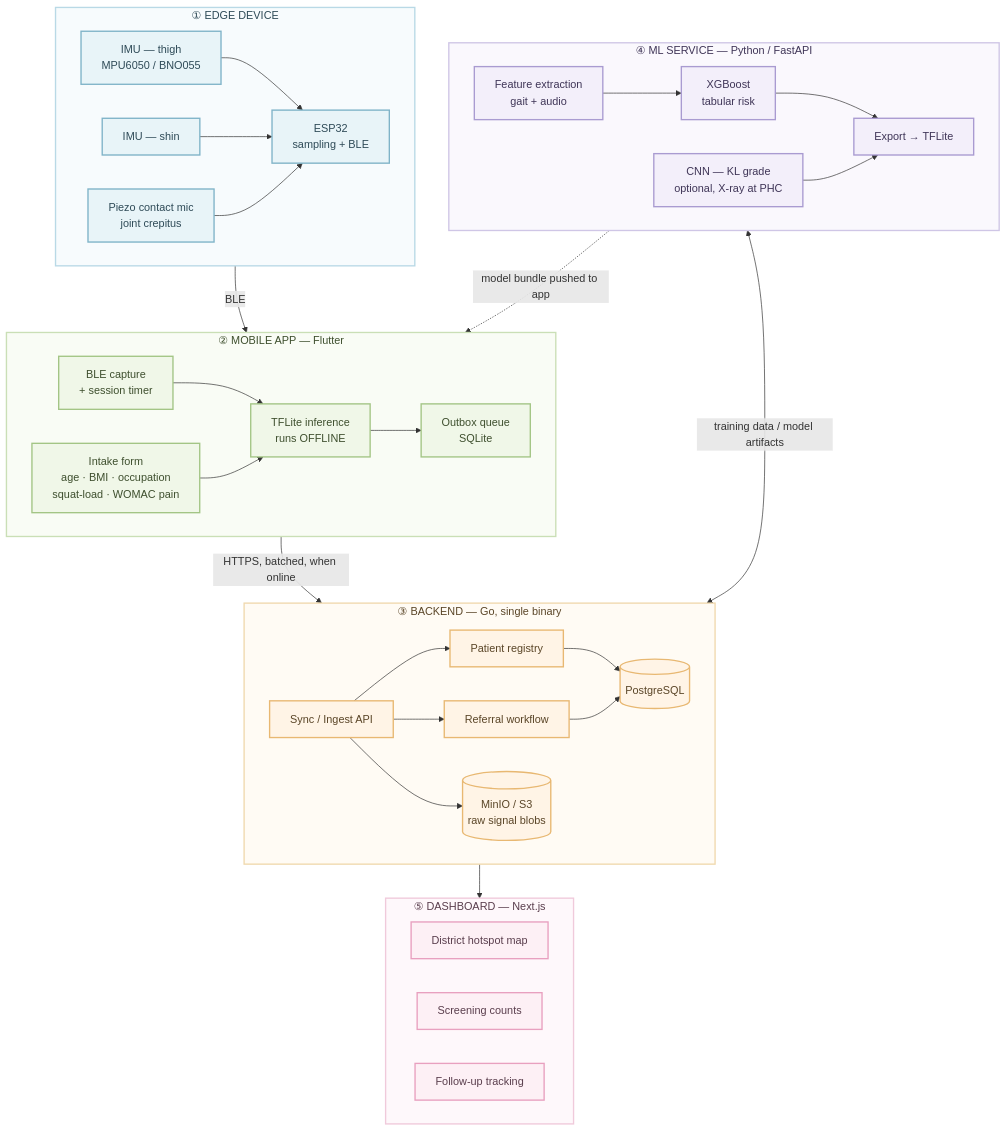
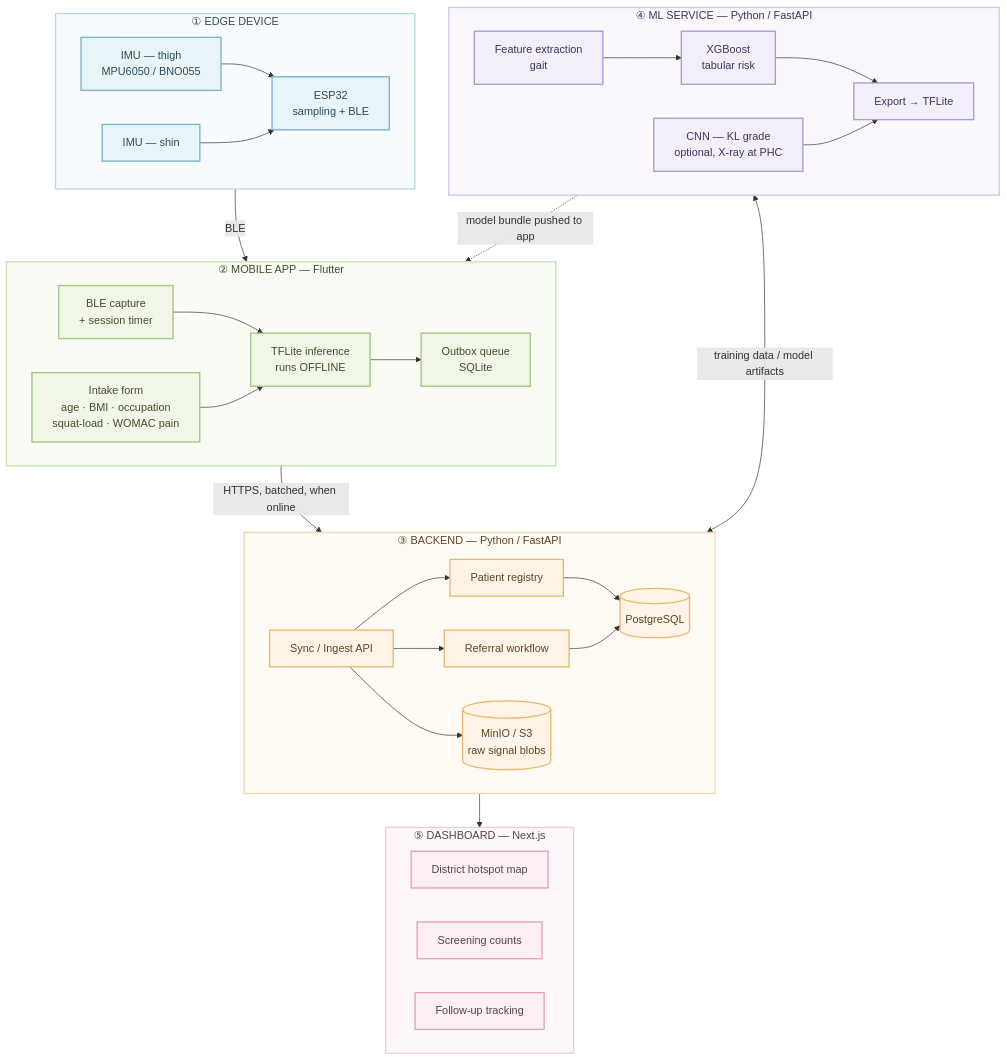
The second of 4 diagrams in SIH26004-architecture.md (aryank2ndID/v2), drawn with Mermaid before and after one commit. The commit also changed other lines of this file and 58 other files, not shown here.

Commit message:
chore: remove acoustic features and cost references, update architecture, add research contexts

````diff
--- a/SIH26004-architecture.md
+++ b/SIH26004-architecture.md
@@ -37,77 +37,75 @@
 ```mermaid
 flowchart TB
     subgraph L1["① EDGE DEVICE"]
         direction LR
         S1["IMU — thigh<br/>MPU6050 / BNO055"]
         S2["IMU — shin"]
-        S3["Piezo contact mic<br/>joint crepitus"]
         MCU["ESP32<br/>sampling + BLE"]
         S1 --> MCU
         S2 --> MCU
-        S3 --> MCU
     end
 
     subgraph L2["② MOBILE APP — Flutter"]
         direction LR
         CAP["BLE capture<br/>+ session timer"]
         FORM["Intake form<br/>age · BMI · occupation<br/>squat-load · WOMAC pain"]
         INF["TFLite inference<br/>runs OFFLINE"]
         QUE["Outbox queue<br/>SQLite"]
         CAP --> INF
         FORM --> INF
         INF --> QUE
     end
 
-    subgraph L3["③ BACKEND — Go, single binary"]
+    subgraph L3["③ BACKEND — Python / FastAPI"]
         direction LR
         API["Sync / Ingest API"]
         REG["Patient registry"]
         REF["Referral workflow"]
         PG[("PostgreSQL")]
         OBJ[("MinIO / S3<br/>raw signal blobs")]
         API --> REG --> PG
         API --> REF --> PG
         API --> OBJ
     end
 
     subgraph L4["④ ML SERVICE — Python / FastAPI"]
         direction LR
-        FE["Feature extraction<br/>gait + audio"]
+        FE["Feature extraction<br/>gait"]
         TAB["XGBoost<br/>tabular risk"]
         CNN["CNN — KL grade<br/>optional, X-ray at PHC"]
         EXP["Export → TFLite"]
         FE --> TAB --> EXP
         CNN --> EXP
     end
 
     subgraph L5["⑤ DASHBOARD — Next.js"]
         direction LR
         MAP["District hotspot map"]
         CNT["Screening counts"]
         FUP["Follow-up tracking"]
     end
 
     L1 -->|BLE| L2
     L2 -->|"HTTPS, batched, when online"| L3
     L3 <-->|"training data / model artifacts"| L4
     L4 -.->|"model bundle pushed to app"| L2
     L3 --> L5
 
     classDef edge fill:#E8F4F8,stroke:#7FB3C8,stroke-width:2px,color:#2E4A57
     classDef mob fill:#F0F7E8,stroke:#A3C585,stroke-width:2px,color:#3E4F2E
     classDef back fill:#FFF4E6,stroke:#E8B872,stroke-width:2px,color:#5A4527
     classDef ml fill:#F3EFFA,stroke:#A99BD1,stroke-width:2px,color:#3F3557
     classDef dash fill:#FDF0F5,stroke:#E8A0BF,stroke-width:2px,color:#5A3E4D
 
-    class S1,S2,S3,MCU edge
+    class S1,S2,MCU edge
     class CAP,FORM,INF,QUE mob
     class API,REG,REF,PG,OBJ back
     class FE,TAB,CNN,EXP ml
     class MAP,CNT,FUP dash
 
     style L1 fill:#F7FBFD,stroke:#B9D9E6,stroke-width:2px,color:#2E4A57
     style L2 fill:#F9FCF5,stroke:#CADFB6,stroke-width:2px,color:#3E4F2E
     style L3 fill:#FFFBF4,stroke:#F0D9AE,stroke-width:2px,color:#5A4527
     style L4 fill:#FAF8FD,stroke:#CFC6E6,stroke-width:2px,color:#3F3557
     style L5 fill:#FEF8FB,stroke:#F0CADB,stroke-width:2px,color:#5A3E4D
 ```
````
